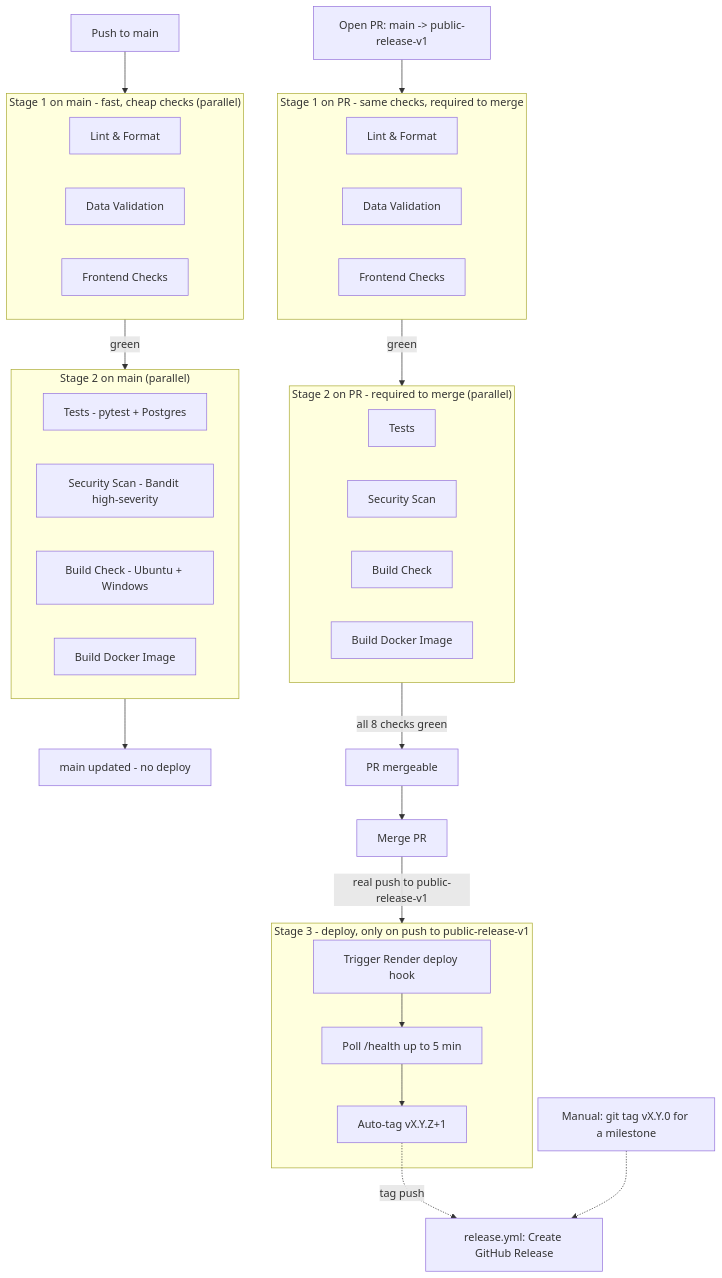
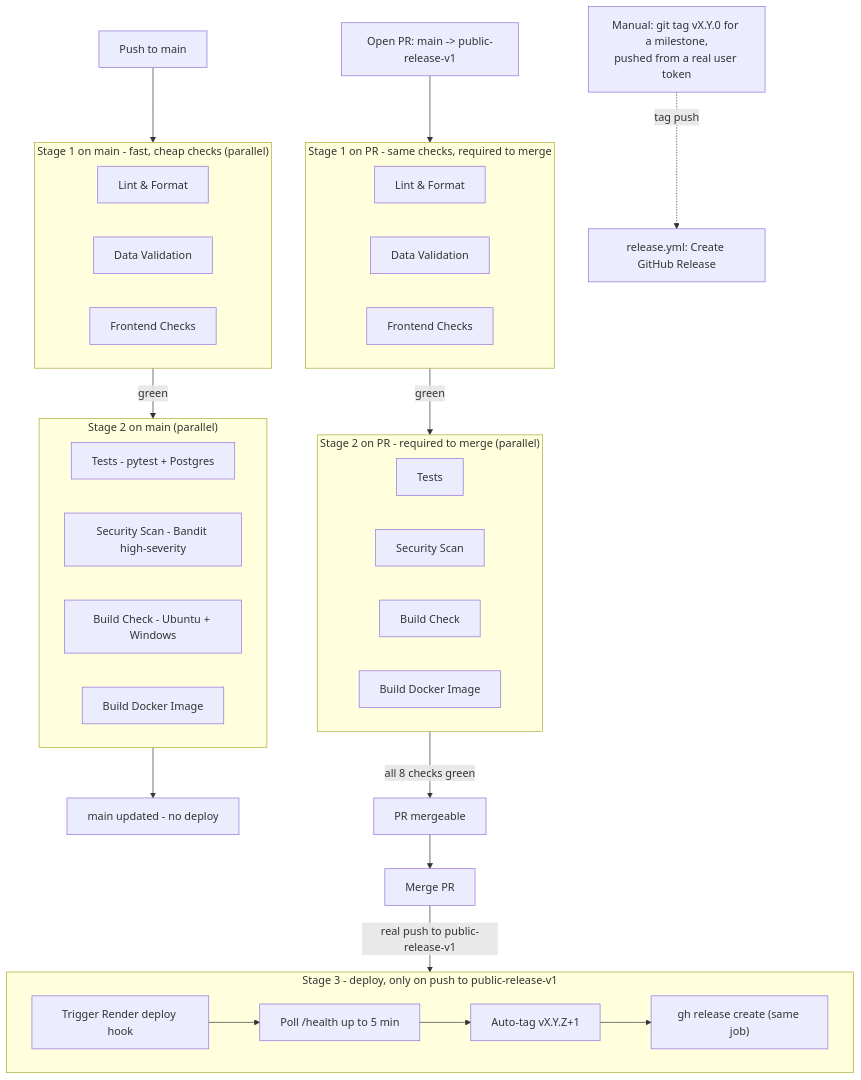
Before and after one commit to nobody174/Menu-Planner: the diagram in docs/CI_CD_PIPELINE.md, drawn with Mermaid. The commit also changed other lines of this file and 3 other files, not shown here.

First line of the commit message:
Fix auto-tagged deploys never creating a GitHub Release (B67)

````diff
--- a/docs/CI_CD_PIPELINE.md
+++ b/docs/CI_CD_PIPELINE.md
@@ -14,50 +14,50 @@
 ```mermaid
 flowchart TD
     pushmain["Push to main"] --> stage1
     openpr["Open PR: main -> public-release-v1"] --> stage1pr
 
     subgraph stage1["Stage 1 on main - fast, cheap checks (parallel)"]
         lint1["Lint & Format"]
         data1["Data Validation"]
         frontend1["Frontend Checks"]
     end
 
     subgraph stage1pr["Stage 1 on PR - same checks, required to merge"]
         lint2["Lint & Format"]
         data2["Data Validation"]
         frontend2["Frontend Checks"]
     end
 
     stage1 -->|green| stage2
     stage1pr -->|green| stage2pr
 
     subgraph stage2["Stage 2 on main (parallel)"]
         tests1["Tests - pytest + Postgres"]
         security1["Security Scan - Bandit high-severity"]
         build1["Build Check - Ubuntu + Windows"]
         docker1["Build Docker Image"]
     end
 
     subgraph stage2pr["Stage 2 on PR - required to merge (parallel)"]
         tests2["Tests"]
         security2["Security Scan"]
         build2["Build Check"]
         docker2["Build Docker Image"]
     end
 
     stage2 --> savedone["main updated - no deploy"]
     stage2pr -->|all 8 checks green| mergeok["PR mergeable"]
 
     mergeok --> merge["Merge PR"]
     merge -->|real push to public-release-v1| stage3
 
     subgraph stage3["Stage 3 - deploy, only on push to public-release-v1"]
         deploy["Trigger Render deploy hook"]
         health["Poll /health up to 5 min"]
         tag["Auto-tag vX.Y.Z+1"]
-        deploy --> health --> tag
+        ghrelease["gh release create (same job)"]
+        deploy --> health --> tag --> ghrelease
     end
 
-    tag -.->|tag push| release["release.yml: Create GitHub Release"]
-    manualtag["Manual: git tag vX.Y.0 for a milestone"] -.-> release
+    manualtag["Manual: git tag vX.Y.0 for a milestone,\npushed from a real user token"] -.->|tag push| release["release.yml: Create GitHub Release"]
 ```
````
